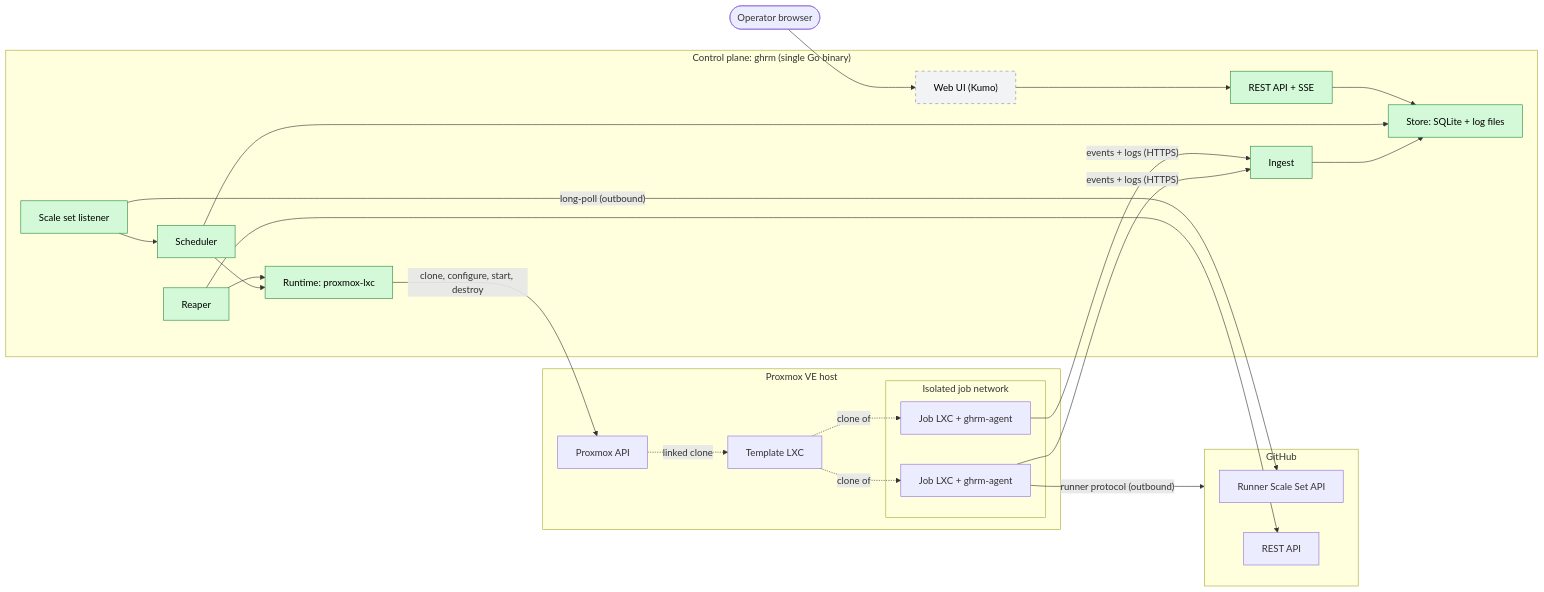
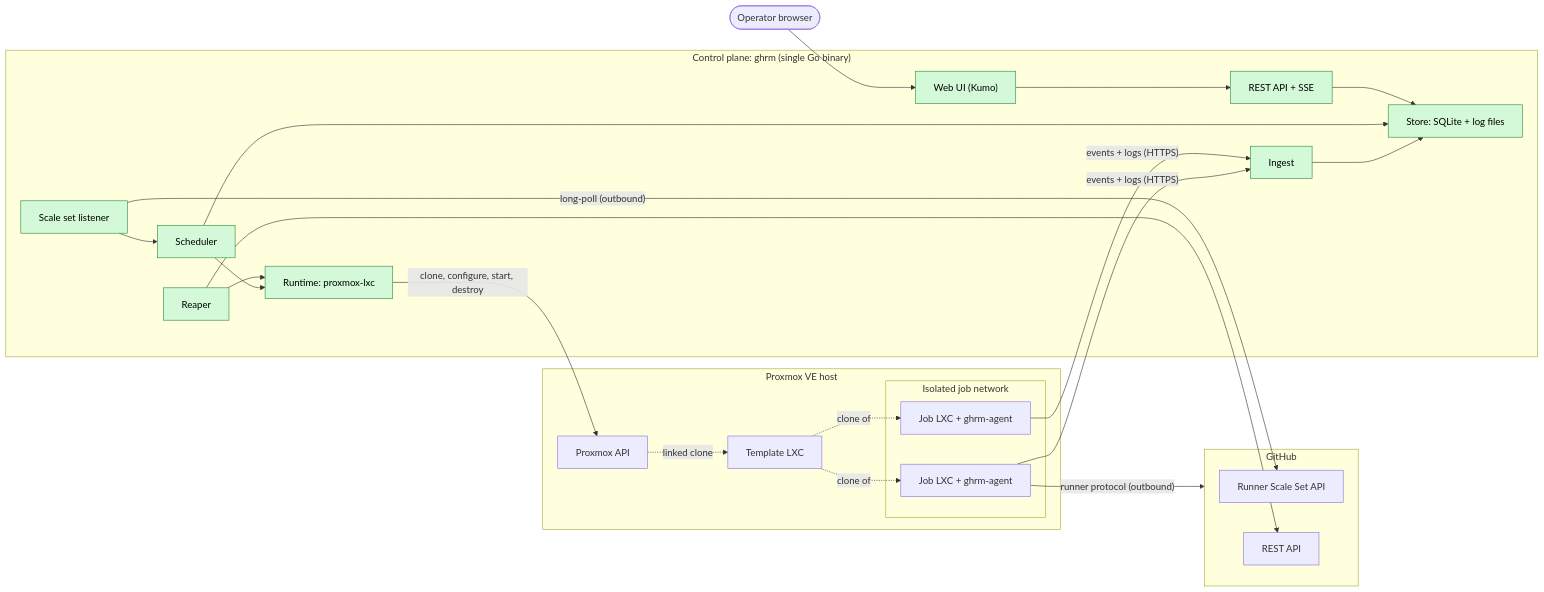
One commit to cocardoso/gh-runners-manager changed the first of 9 diagrams in docs/architecture.md. Above: the diagram before and after it, drawn with Mermaid. The commit also changed other lines of this file, not shown here.

Commit message:
docs: architecture diagrams for the web UI and its real-time data flow

````diff
--- a/docs/architecture.md
+++ b/docs/architecture.md
@@ -32,52 +33,51 @@
 ```mermaid
 flowchart LR
     subgraph github["GitHub"]
         ss["Runner Scale Set API"]
         rest["REST API"]
     end
 
     subgraph cp["Control plane: ghrm (single Go binary)"]
         listener["Scale set listener"]
         scheduler["Scheduler"]
         runtime["Runtime: proxmox-lxc"]
         reaper["Reaper"]
         store["Store: SQLite + log files"]
         ingest["Ingest"]
         api["REST API + SSE"]
         ui["Web UI (Kumo)"]
     end
 
     subgraph pve["Proxmox VE host"]
         pveapi["Proxmox API"]
         tmpl["Template LXC"]
         subgraph jobnet["Isolated job network"]
             env1["Job LXC + ghrm-agent"]
             env2["Job LXC + ghrm-agent"]
         end
     end
 
     operator(["Operator browser"])
 
     listener -- "long-poll (outbound)" --> ss
     listener --> scheduler
     scheduler --> runtime
     runtime -- "clone, configure, start, destroy" --> pveapi
     pveapi -. "linked clone" .-> tmpl
     tmpl -. "clone of" .-> env1
     tmpl -. "clone of" .-> env2
     env1 -- "events + logs (HTTPS)" --> ingest
     env2 -- "events + logs (HTTPS)" --> ingest
     env1 -- "runner protocol (outbound)" --> github
     reaper --> runtime
     reaper --> rest
     ingest --> store
     scheduler --> store
     api --> store
     ui --> api
     operator --> ui
 
     classDef done fill:#d3f9d8,stroke:#2b8a3e,color:#000
     classDef planned fill:#f1f3f5,stroke:#868e96,stroke-dasharray:5 5,color:#000
-    class runtime,scheduler,listener,reaper,store,ingest,api done
-    class ui planned
+    class runtime,scheduler,listener,reaper,store,ingest,api,ui done
 ```
````
